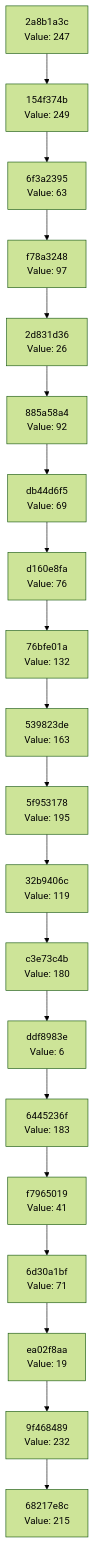
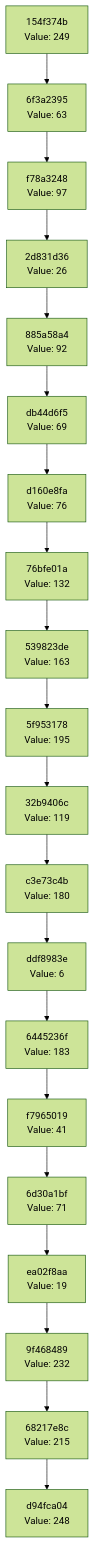
The diagram in docs/CHAIN_VISUALIZATION.md (Abhisheksinha1506/hash-chain-evolver), drawn with Mermaid (forest theme) before and after one commit. The commit also changed 3 other files, not shown here.

````diff
--- a/docs/CHAIN_VISUALIZATION.md
+++ b/docs/CHAIN_VISUALIZATION.md
@@ -3,42 +3,42 @@
 ```mermaid
 graph TD
-    C0["68217e8c<br/>Value: 215"]
-    C1["9f468489<br/>Value: 232"]
+    C0["d94fca04<br/>Value: 248"]
+    C1["68217e8c<br/>Value: 215"]
     C1 --> C0
-    C2["ea02f8aa<br/>Value: 19"]
+    C2["9f468489<br/>Value: 232"]
     C2 --> C1
-    C3["6d30a1bf<br/>Value: 71"]
+    C3["ea02f8aa<br/>Value: 19"]
     C3 --> C2
-    C4["f7965019<br/>Value: 41"]
+    C4["6d30a1bf<br/>Value: 71"]
     C4 --> C3
-    C5["6445236f<br/>Value: 183"]
+    C5["f7965019<br/>Value: 41"]
     C5 --> C4
-    C6["ddf8983e<br/>Value: 6"]
+    C6["6445236f<br/>Value: 183"]
     C6 --> C5
-    C7["c3e73c4b<br/>Value: 180"]
+    C7["ddf8983e<br/>Value: 6"]
     C7 --> C6
-    C8["32b9406c<br/>Value: 119"]
+    C8["c3e73c4b<br/>Value: 180"]
     C8 --> C7
-    C9["5f953178<br/>Value: 195"]
+    C9["32b9406c<br/>Value: 119"]
     C9 --> C8
-    C10["539823de<br/>Value: 163"]
+    C10["5f953178<br/>Value: 195"]
     C10 --> C9
-    C11["76bfe01a<br/>Value: 132"]
+    C11["539823de<br/>Value: 163"]
     C11 --> C10
-    C12["d160e8fa<br/>Value: 76"]
+    C12["76bfe01a<br/>Value: 132"]
     C12 --> C11
-    C13["db44d6f5<br/>Value: 69"]
+    C13["d160e8fa<br/>Value: 76"]
     C13 --> C12
-    C14["885a58a4<br/>Value: 92"]
+    C14["db44d6f5<br/>Value: 69"]
     C14 --> C13
-    C15["2d831d36<br/>Value: 26"]
+    C15["885a58a4<br/>Value: 92"]
     C15 --> C14
-    C16["f78a3248<br/>Value: 97"]
+    C16["2d831d36<br/>Value: 26"]
     C16 --> C15
-    C17["6f3a2395<br/>Value: 63"]
+    C17["f78a3248<br/>Value: 97"]
     C17 --> C16
-    C18["154f374b<br/>Value: 249"]
+    C18["6f3a2395<br/>Value: 63"]
     C18 --> C17
-    C19["2a8b1a3c<br/>Value: 247"]
+    C19["154f374b<br/>Value: 249"]
     C19 --> C18
 ```
````
